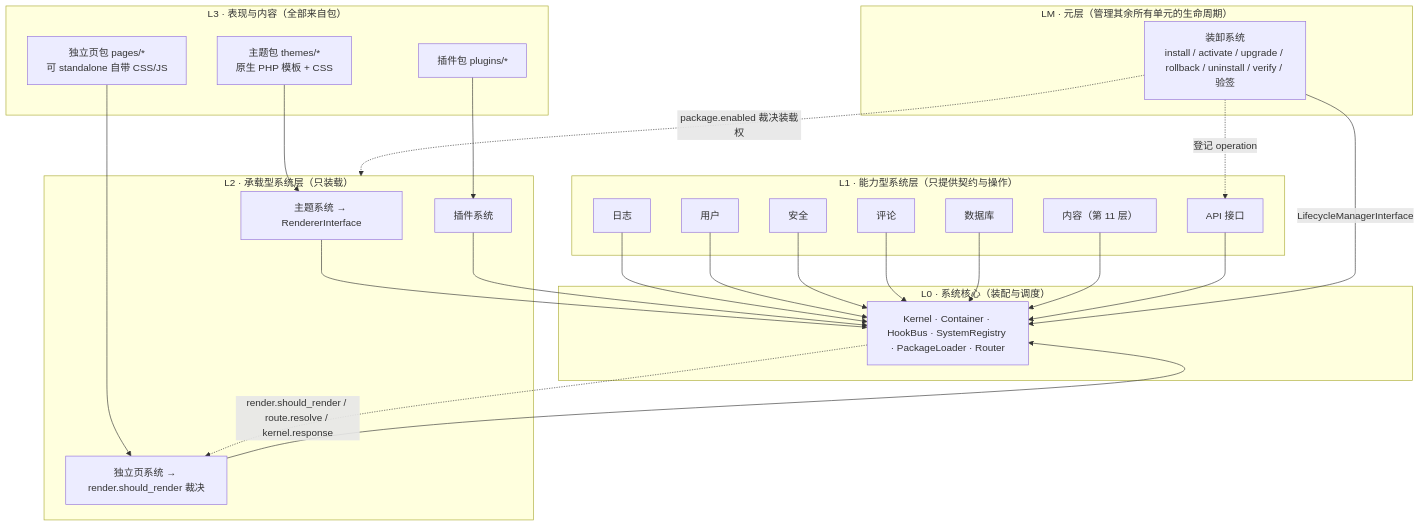
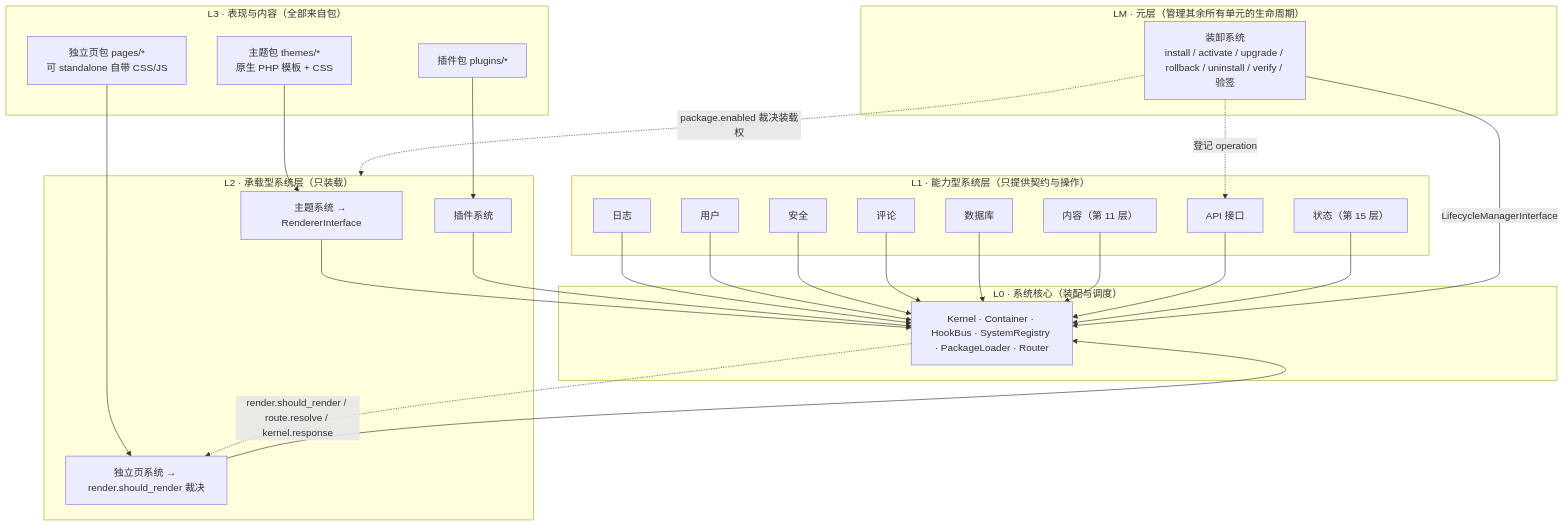
One commit to Lisir2002/Mini_Blog changed the diagram in docs/ARCHITECTURE.md. Above: the diagram before and after it, drawn with Mermaid. The commit also changed other lines of this file and 50 other files, not shown here.

````diff
--- a/docs/ARCHITECTURE.md
+++ b/docs/ARCHITECTURE.md
@@ -74,30 +74,30 @@
 ```mermaid
 flowchart TB
     subgraph L3["L3 · 表现与内容（全部来自包）"]
         T["主题包 themes/*<br/>原生 PHP 模板 + CSS"]
         P["插件包 plugins/*"]
         G["独立页包 pages/*<br/>可 standalone 自带 CSS/JS"]
     end
     subgraph L2["L2 · 承载型系统层（只装载）"]
         TS["主题系统 → RendererInterface"]
         PS["插件系统"]
         GS["独立页系统 → render.should_render 裁决"]
     end
     subgraph L1["L1 · 能力型系统层（只提供契约与操作）"]
         LOG["日志"]; USR["用户"]; SEC["安全"]; CMT["评论"]; DB["数据库"]
-        CNT["内容（第 11 层）"]; API["API 接口"]
+        CNT["内容（第 11 层）"]; API["API 接口"]; ST["状态（第 15 层）"]
     end
     subgraph LM["LM · 元层（管理其余所有单元的生命周期）"]
         LC["装卸系统<br/>install / activate / upgrade / rollback / uninstall / verify / 验签"]
     end
     subgraph L0["L0 · 系统核心（装配与调度）"]
         K["Kernel · Container · HookBus · SystemRegistry · PackageLoader · Router"]
     end
     T --> TS; P --> PS; G --> GS
     TS --> K; PS --> K; GS --> K
-    LOG --> K; USR --> K; SEC --> K; CMT --> K; DB --> K; CNT --> K; API --> K
+    LOG --> K; USR --> K; SEC --> K; CMT --> K; DB --> K; CNT --> K; API --> K; ST --> K
     LC -->|LifecycleManagerInterface| K
     LC -.->|"package.enabled 裁决装载权"| L2
     LC -.->|"登记 operation"| API
     K -.->|"render.should_render / route.resolve / kernel.response"| GS
 ```
````
